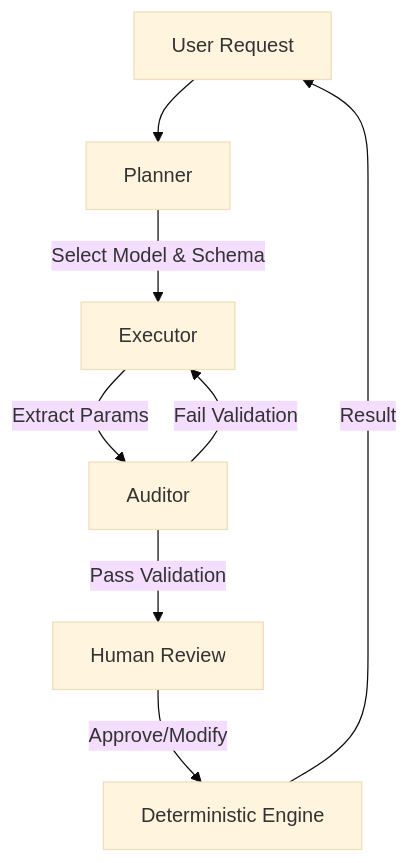
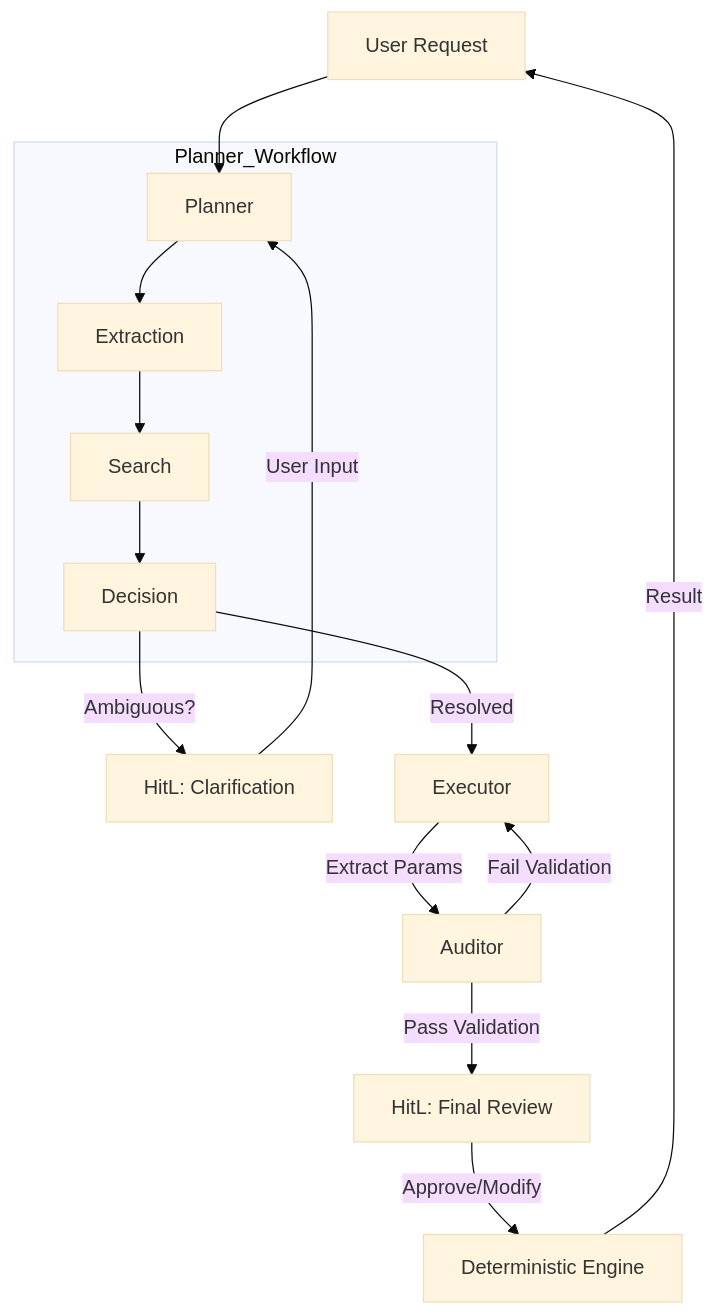
Before and after one commit to sosodennis/value-investment-agent: the diagram in AGENTS.md, drawn with Mermaid (base theme). The commit also changed other lines of this file, not shown here.

Commit message:
docs: Add research planner files and update AGENTS.md with detailed Planner responsibilities, new tools, and HITL clarification steps.

````diff
--- a/AGENTS.md
+++ b/AGENTS.md
@@ -43,10 +51,20 @@
 ```mermaid
 graph TD
     User[User Request] --> Planner
-    Planner -->|Select Model & Schema| Executor
+    
+    subgraph Planner_Workflow
+        Planner --> Extraction
+        Extraction --> Search
+        Search --> Decision
+    end
+    
+    Decision -->|Ambiguous?| Clarification[HitL: Clarification]
+    Clarification -->|User Input| Planner
+    
+    Decision -->|Resolved| Executor
     Executor -->|Extract Params| Auditor
-    Auditor -->|Pass Validation| HITL[Human Review]
+    Auditor -->|Pass Validation| FinalReview[HitL: Final Review]
     Auditor -->|Fail Validation| Executor
-    HITL -->|Approve/Modify| Calculator[Deterministic Engine]
+    FinalReview -->|Approve/Modify| Calculator[Deterministic Engine]
     Calculator -->|Result| User
 ```
````
